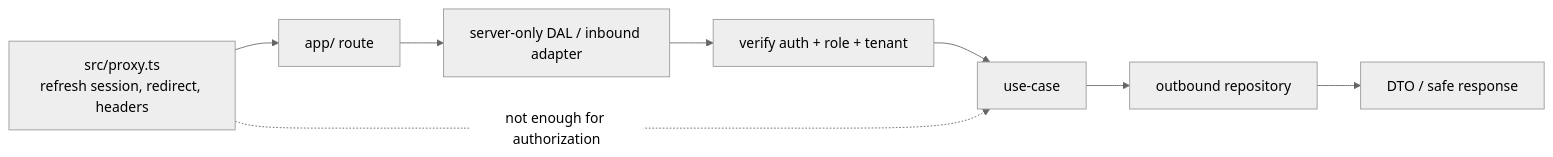
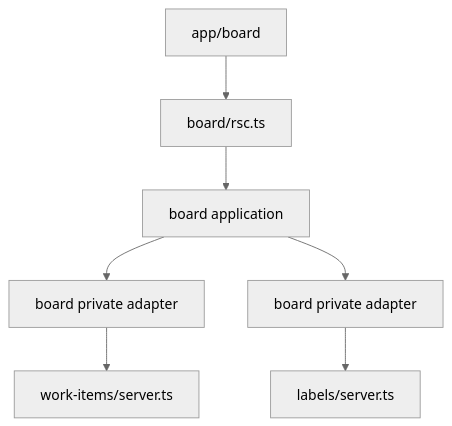
The third of 3 diagrams in docs/architecture-contract.md (clicktronix/nextjs-clean-skills), drawn with Mermaid (neutral theme) before and after one commit. The commit also changed other lines of this file and 1394 other files, not shown here.

Commit message:
Adopt capability-first architecture (#11)

````diff
--- a/docs/architecture-contract.md
+++ b/docs/architecture-contract.md
@@ -142,11 +215,19 @@
 ```mermaid
-flowchart LR
-  Proxy["src/proxy.ts\nrefresh session, redirect, headers"] --> App["app/ route"]
-  App --> DAL["server-only DAL / inbound adapter"]
-  DAL --> Verify["verify auth + role + tenant"]
-  Verify --> UseCase["use-case"]
-  UseCase --> Repo["outbound repository"]
-  Repo --> DTO["DTO / safe response"]
+flowchart TB
+  accTitle: Cross-capability orchestration
+  accDescr: A board capability owns board policy and adapts narrow public server surfaces from work-items and labels without coupling those source capabilities.
+  Route["app/board"]
+  BoardSurface["board/rsc.ts"]
+  BoardOperation["board application"]
+  WorkAdapter["board private adapter"]
+  LabelAdapter["board private adapter"]
+  WorkPublic["work-items/server.ts"]
+  LabelPublic["labels/server.ts"]
 
-  Proxy -. "not enough for authorization" .-> UseCase
+  Route --> BoardSurface
+  BoardSurface --> BoardOperation
+  BoardOperation --> WorkAdapter
+  BoardOperation --> LabelAdapter
+  WorkAdapter --> WorkPublic
+  LabelAdapter --> LabelPublic
 ```
````
